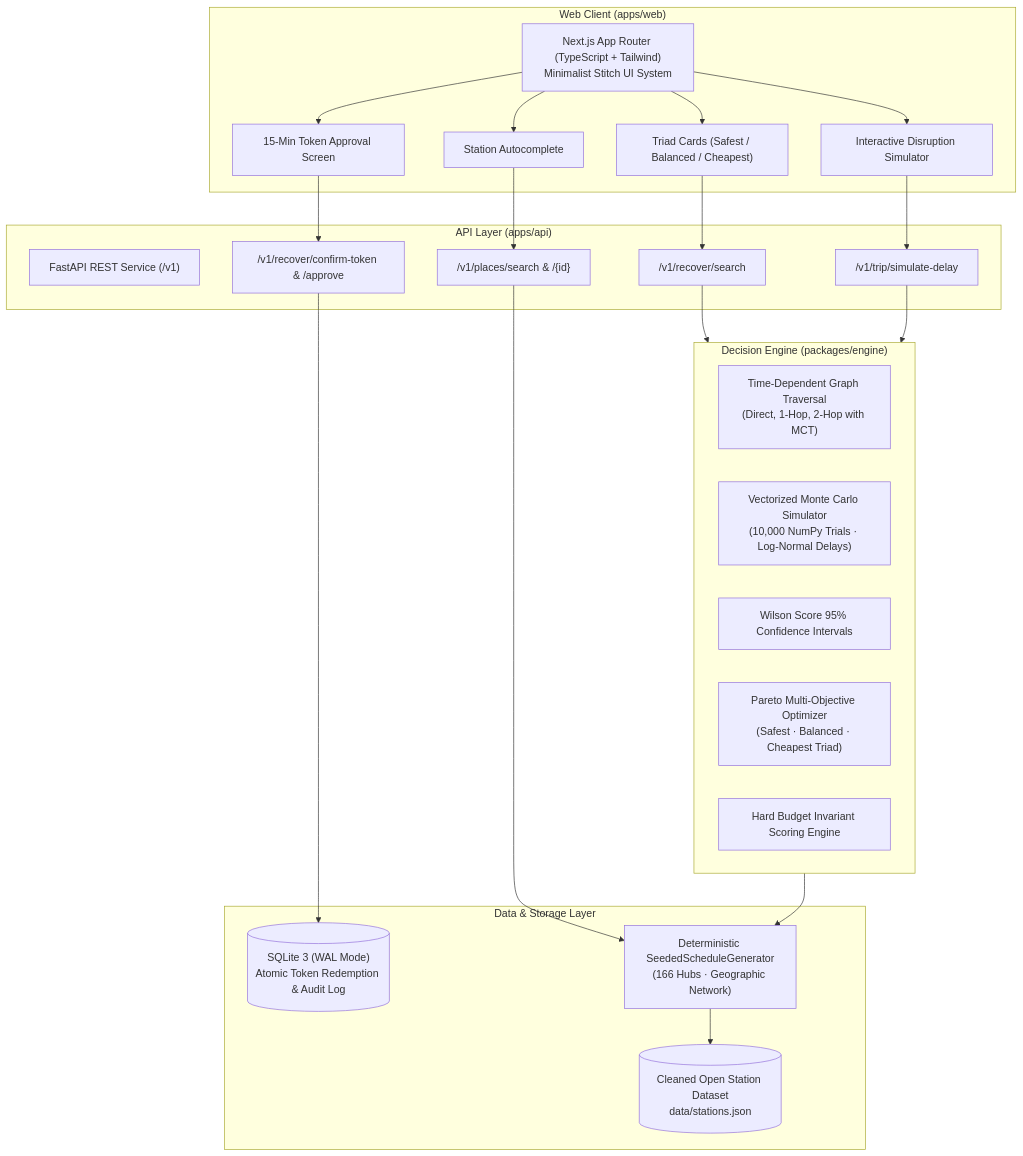
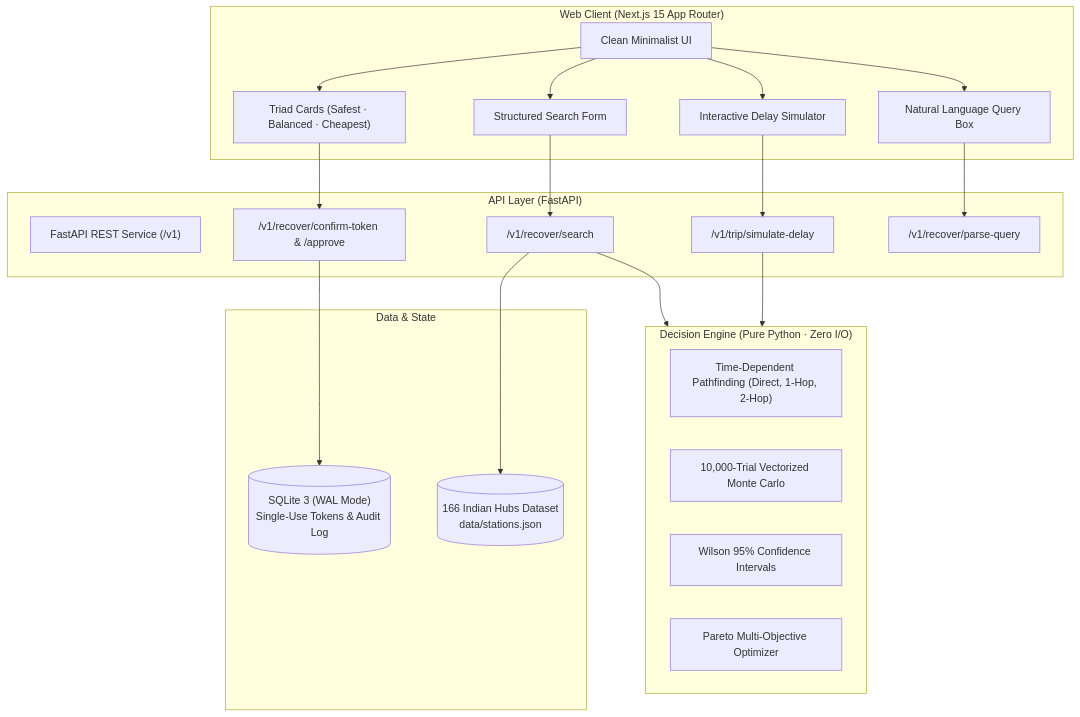
One commit to Priyanshu-2308/SANKALP changed the diagram in README.md. Above: the diagram before and after it, drawn with Mermaid. The commit also changed other lines of this file and 5 other files, not shown here.

````diff
--- a/README.md
+++ b/README.md
@@ -37,43 +30,39 @@
 ```mermaid
 graph TD
-    subgraph Frontend["Web Client (apps/web)"]
-        UI["Next.js App Router (TypeScript + Tailwind)<br/>Minimalist Stitch UI System"]
-        Autocomplete["Station Autocomplete"]
-        Cards["Triad Cards (Safest / Balanced / Cheapest)"]
-        ConfirmModal["15-Min Token Approval Screen"]
-        SimulatorUI["Interactive Disruption Simulator"]
+    subgraph Frontend["Web Client (Next.js 15 App Router)"]
+        UI["Clean Minimalist UI"]
+        Chat["Natural Language Query Box"]
+        Form["Structured Search Form"]
+        Triad["Triad Cards (Safest · Balanced · Cheapest)"]
+        Sim["Interactive Delay Simulator"]
     end
 
-    subgraph Backend["API Layer (apps/api)"]
+    subgraph Backend["API Layer (FastAPI)"]
         FastAPI["FastAPI REST Service (/v1)"]
-        PlacesAPI["/v1/places/search & /{id}"]
         SearchAPI["/v1/recover/search"]
-        ConfirmAPI["/v1/recover/confirm-token & /approve"]
+        TokenAPI["/v1/recover/confirm-token & /approve"]
         SimAPI["/v1/trip/simulate-delay"]
+        ParseAPI["/v1/recover/parse-query"]
     end
 
-    subgraph DecisionEngine["Decision Engine (packages/engine)"]
-        Graph["Time-Dependent Graph Traversal<br/>(Direct, 1-Hop, 2-Hop with MCT)"]
-        MonteCarlo["Vectorized Monte Carlo Simulator<br/>(10,000 NumPy Trials · Log-Normal Delays)"]
-        Wilson["Wilson Score 95% Confidence Intervals"]
-        Pareto["Pareto Multi-Objective Optimizer<br/>(Safest · Balanced · Cheapest Triad)"]
-        Scorer["Hard Budget Invariant Scoring Engine"]
+    subgraph Engine["Decision Engine (Pure Python · Zero I/O)"]
+        Graph["Time-Dependent Pathfinding (Direct, 1-Hop, 2-Hop)"]
+        MonteCarlo["10,000-Trial Vectorized Monte Carlo"]
+        Wilson["Wilson 95% Confidence Intervals"]
+        Pareto["Pareto Multi-Objective Optimizer"]
     end
 
-    subgraph Storage["Data & Storage Layer"]
-        SQLite[("SQLite 3 (WAL Mode)<br/>Atomic Token Redemption & Audit Log")]
-        Generator["Deterministic SeededScheduleGenerator<br/>(166 Hubs · Geographic Network)"]
-        StationDB[("Cleaned Open Station Dataset<br/>data/stations.json")]
+    subgraph Storage["Data & State"]
+        SQLite[("SQLite 3 (WAL Mode)<br/>Single-Use Tokens & Audit Log")]
+        StationDB[("166 Indian Hubs Dataset<br/>data/stations.json")]
     end
 
-    UI --> Autocomplete & Cards & ConfirmModal & SimulatorUI
-    Autocomplete --> PlacesAPI
-    Cards --> SearchAPI
-    ConfirmModal --> ConfirmAPI
-    SimulatorUI --> SimAPI
-
-    SearchAPI & SimAPI --> DecisionEngine
-    ConfirmAPI --> SQLite
-    PlacesAPI & DecisionEngine --> Generator
-    Generator --> StationDB
+    UI --> Chat & Form & Triad & Sim
+    Chat --> ParseAPI
+    Form --> SearchAPI
+    Triad --> TokenAPI
+    Sim --> SimAPI
+    SearchAPI & SimAPI --> Engine
+    TokenAPI --> SQLite
+    SearchAPI --> StationDB
 ```
````
